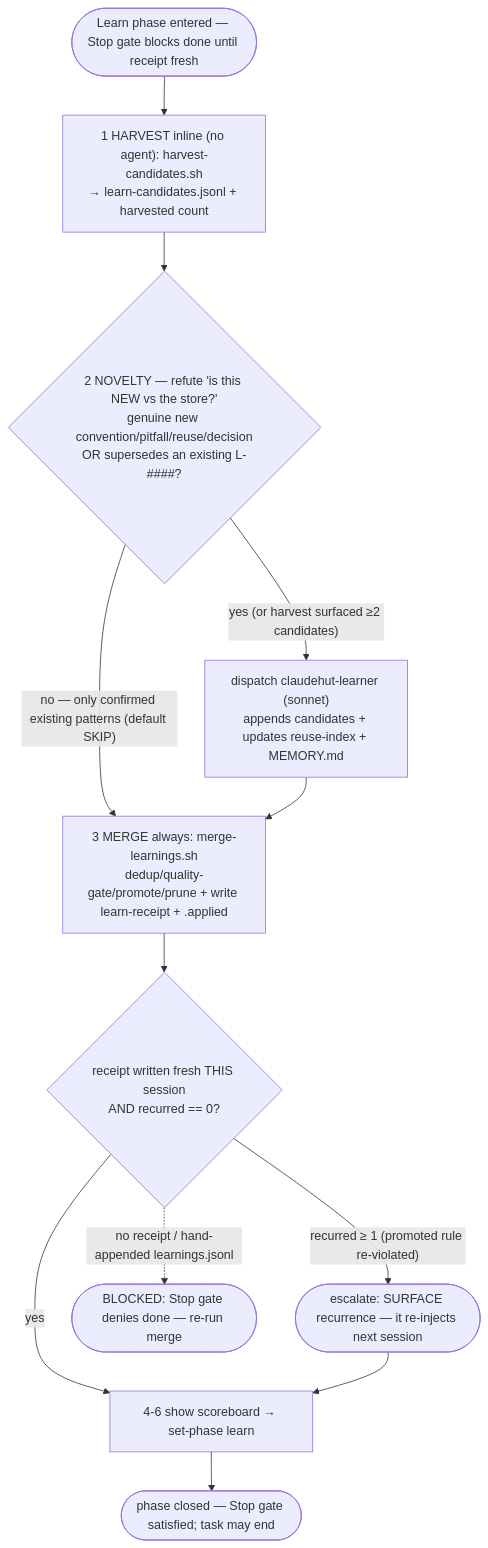
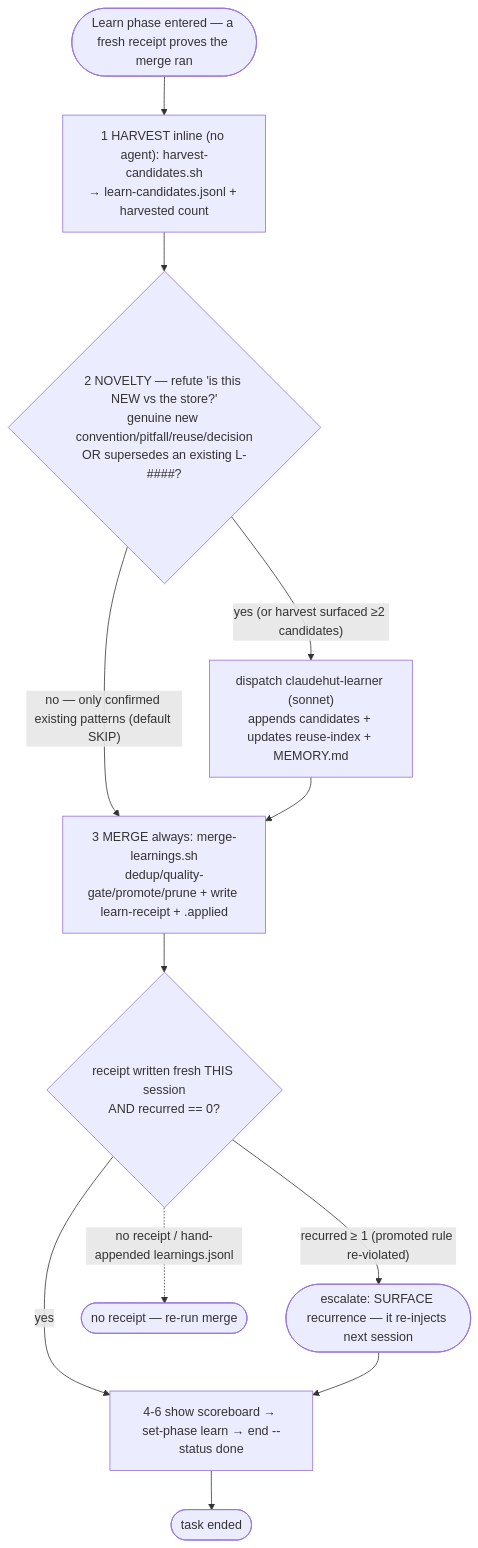
One commit to taipt1504/claudehut changed the diagram in skills/capture-learnings/SKILL.md. Above: the diagram before and after it, drawn with Mermaid. The commit also changed other lines of this file and 75 other files, not shown here.

````diff
--- a/skills/capture-learnings/SKILL.md
+++ b/skills/capture-learnings/SKILL.md
@@ -21,14 +20,14 @@
 ```mermaid
 flowchart TB
-    start(["Learn phase entered — Stop gate blocks done until receipt fresh"]) --> harvest["1 HARVEST inline (no agent): harvest-candidates.sh<br/>→ learn-candidates.jsonl + harvested count"]
+    start(["Learn phase entered — a fresh receipt proves the merge ran"]) --> harvest["1 HARVEST inline (no agent): harvest-candidates.sh<br/>→ learn-candidates.jsonl + harvested count"]
     harvest --> nov{"2 NOVELTY — refute 'is this NEW vs the store?'<br/>genuine new convention/pitfall/reuse/decision<br/>OR supersedes an existing L-####?"}
     nov -- "no — only confirmed existing patterns (default SKIP)" --> merge
     nov -- "yes (or harvest surfaced ≥2 candidates)" --> dispatch["dispatch claudehut-learner (sonnet)<br/>appends candidates + updates reuse-index + MEMORY.md"]
     dispatch --> merge["3 MERGE always: merge-learnings.sh<br/>dedup/quality-gate/promote/prune + write learn-receipt + .applied"]
     merge --> rcpt{"receipt written fresh THIS session<br/>AND recurred == 0?"}
     rcpt -- "recurred ≥ 1 (promoted rule re-violated)" --> surf(["escalate: SURFACE recurrence — it re-injects next session"])
-    rcpt -. "no receipt / hand-appended learnings.jsonl" .-> blocked(["BLOCKED: Stop gate denies done — re-run merge"])
-    rcpt -- "yes" --> close["4-6 show scoreboard → set-phase learn"]
+    rcpt -. "no receipt / hand-appended learnings.jsonl" .-> blocked(["no receipt — re-run merge"])
+    rcpt -- "yes" --> close["4-6 show scoreboard → set-phase learn → end --status done"]
     surf --> close
-    close --> done(["phase closed — Stop gate satisfied; task may end"])
+    close --> done(["task ended"])
 ```
````
